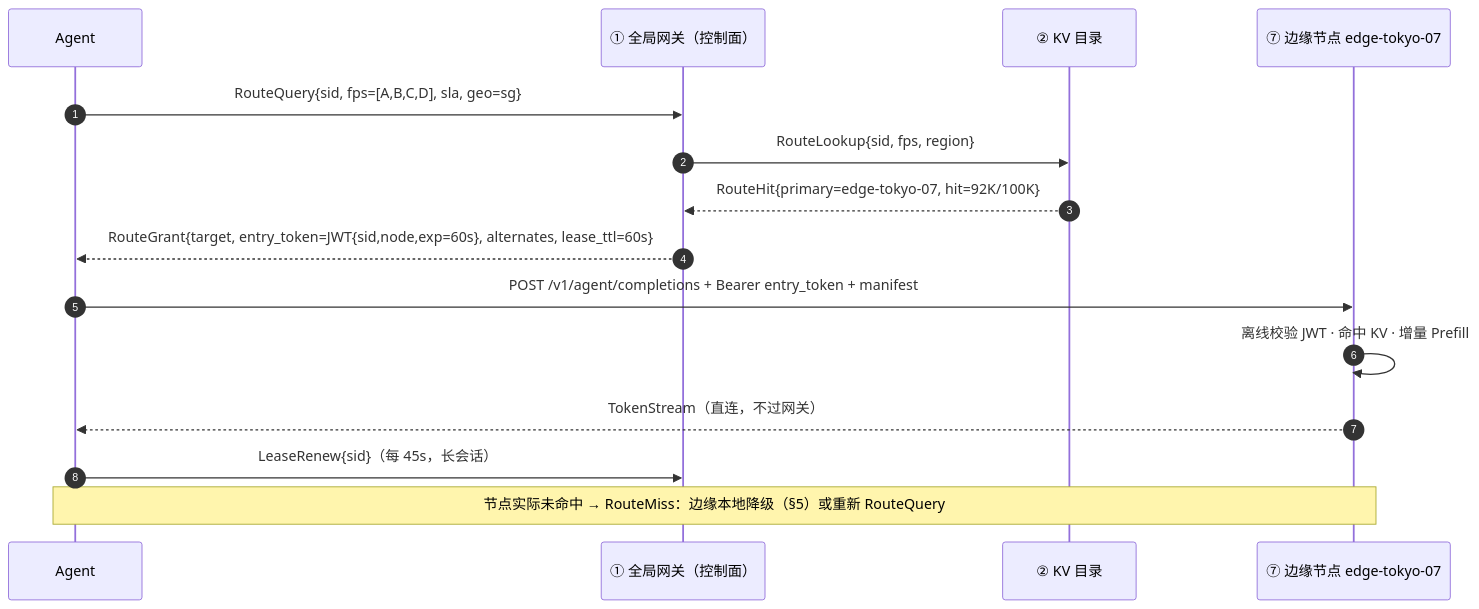
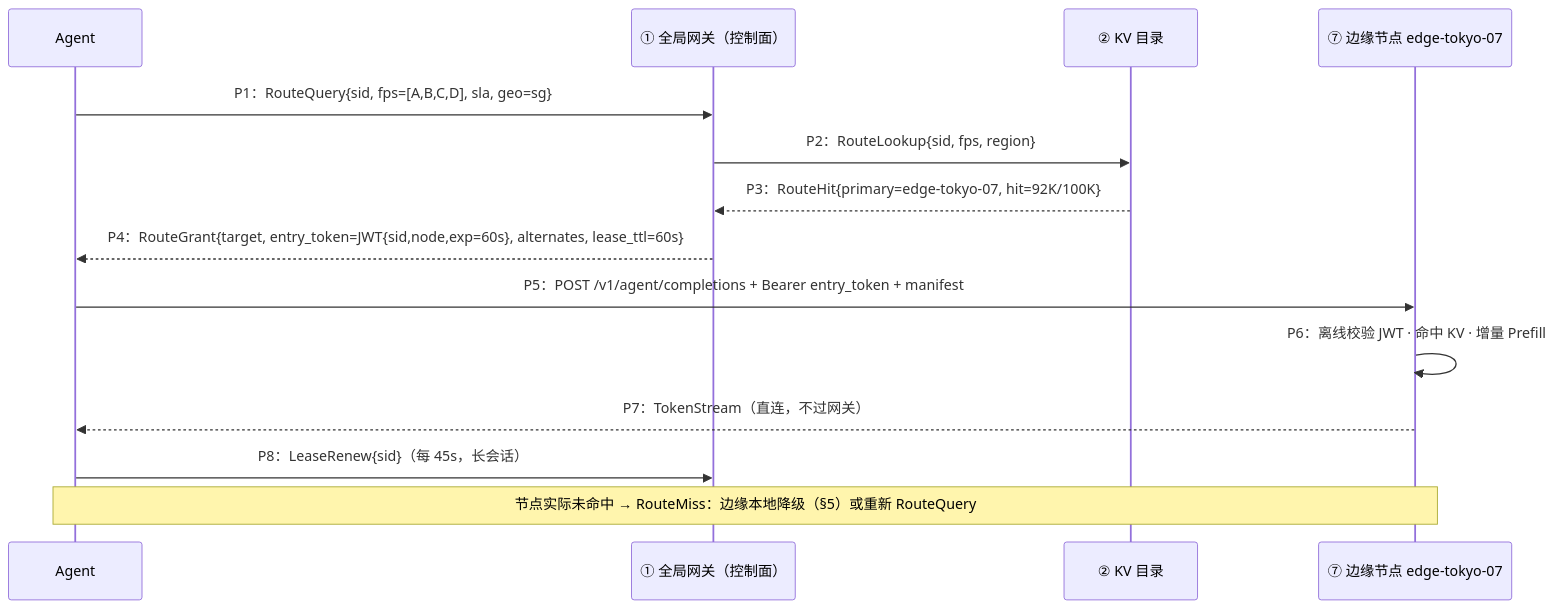
The third of 9 diagrams in KV Cache CDN 解决方案构想报告（完整版V3）.md (asml125-sketch/KVCacheCDNSolution), drawn with Mermaid before and after one commit. The commit also changed other lines of this file and 3 other files, not shown here.

````diff
--- a/KV Cache CDN 解决方案构想报告（完整版V3）.md
+++ b/KV Cache CDN 解决方案构想报告（完整版V3）.md
@@ -467,17 +545,16 @@
 ```mermaid
 sequenceDiagram
-    autonumber
     participant A as Agent
     participant GW as ① 全局网关（控制面）
     participant CAT as ② KV 目录
     participant E as ⑦ 边缘节点 edge-tokyo-07
-    A->>GW: RouteQuery{sid, fps=[A,B,C,D], sla, geo=sg}
-    GW->>CAT: RouteLookup{sid, fps, region}
-    CAT-->>GW: RouteHit{primary=edge-tokyo-07, hit=92K/100K}
-    GW-->>A: RouteGrant{target, entry_token=JWT{sid,node,exp=60s}, alternates, lease_ttl=60s}
-    A->>E: POST /v1/agent/completions + Bearer entry_token + manifest
-    E->>E: 离线校验 JWT · 命中 KV · 增量 Prefill
-    E-->>A: TokenStream（直连，不过网关）
-    A->>GW: LeaseRenew{sid}（每 45s，长会话）
+    A->>GW: P1：RouteQuery{sid, fps=[A,B,C,D], sla, geo=sg}
+    GW->>CAT: P2：RouteLookup{sid, fps, region}
+    CAT-->>GW: P3：RouteHit{primary=edge-tokyo-07, hit=92K/100K}
+    GW-->>A: P4：RouteGrant{target, entry_token=JWT{sid,node,exp=60s}, alternates, lease_ttl=60s}
+    A->>E: P5：POST /v1/agent/completions + Bearer entry_token + manifest
+    E->>E: P6：离线校验 JWT · 命中 KV · 增量 Prefill
+    E-->>A: P7：TokenStream（直连，不过网关）
+    A->>GW: P8：LeaseRenew{sid}（每 45s，长会话）
     Note over A,E: 节点实际未命中 → RouteMiss：边缘本地降级（§5）或重新 RouteQuery
 ```
````
